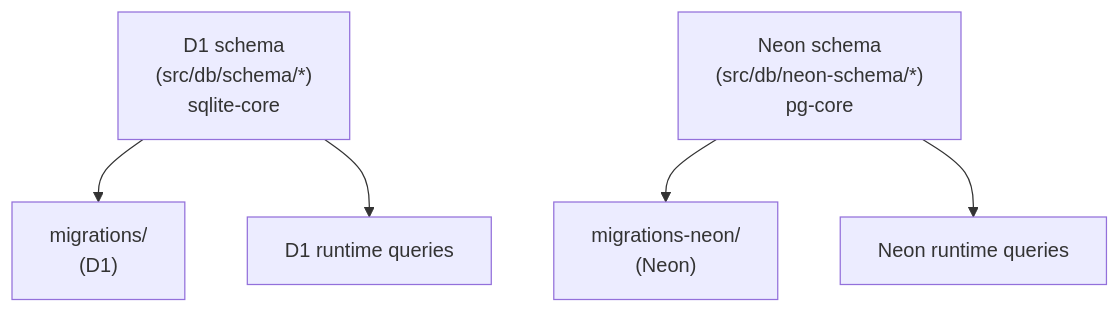
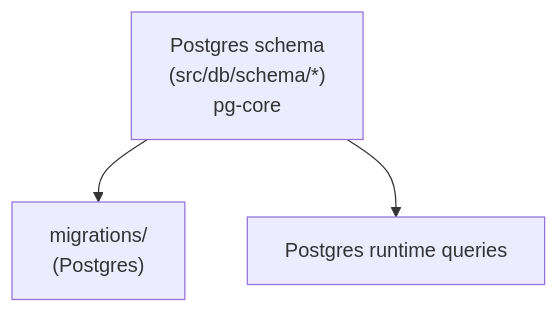
Before and after one commit to posaune0423/hono-langgraph-tgbot: the third of 11 diagrams in .kiro/specs/rich-agent/design.md, drawn with Mermaid. The commit also changed other lines of this file and 4 other files, not shown here.

````diff
--- a/.kiro/specs/rich-agent/design.md
+++ b/.kiro/specs/rich-agent/design.md
@@ -86,8 +84,5 @@
 ```mermaid
 graph TD
-  D1S["D1 schema\n(src/db/schema/*)\nsqlite-core"] --> D1M["migrations/\n(D1)"]
-  NEONS["Neon schema\n(src/db/neon-schema/*)\npg-core"] --> NEONM["migrations-neon/\n(Neon)"]
-
-  D1S --> D1Q["D1 runtime queries"]
-  NEONS --> NEONQ["Neon runtime queries"]
+  PGS["Postgres schema\n(src/db/schema/*)\npg-core"] --> PGM["migrations/\n(Postgres)"]
+  PGS --> PGQ["Postgres runtime queries"]
 ```
````
